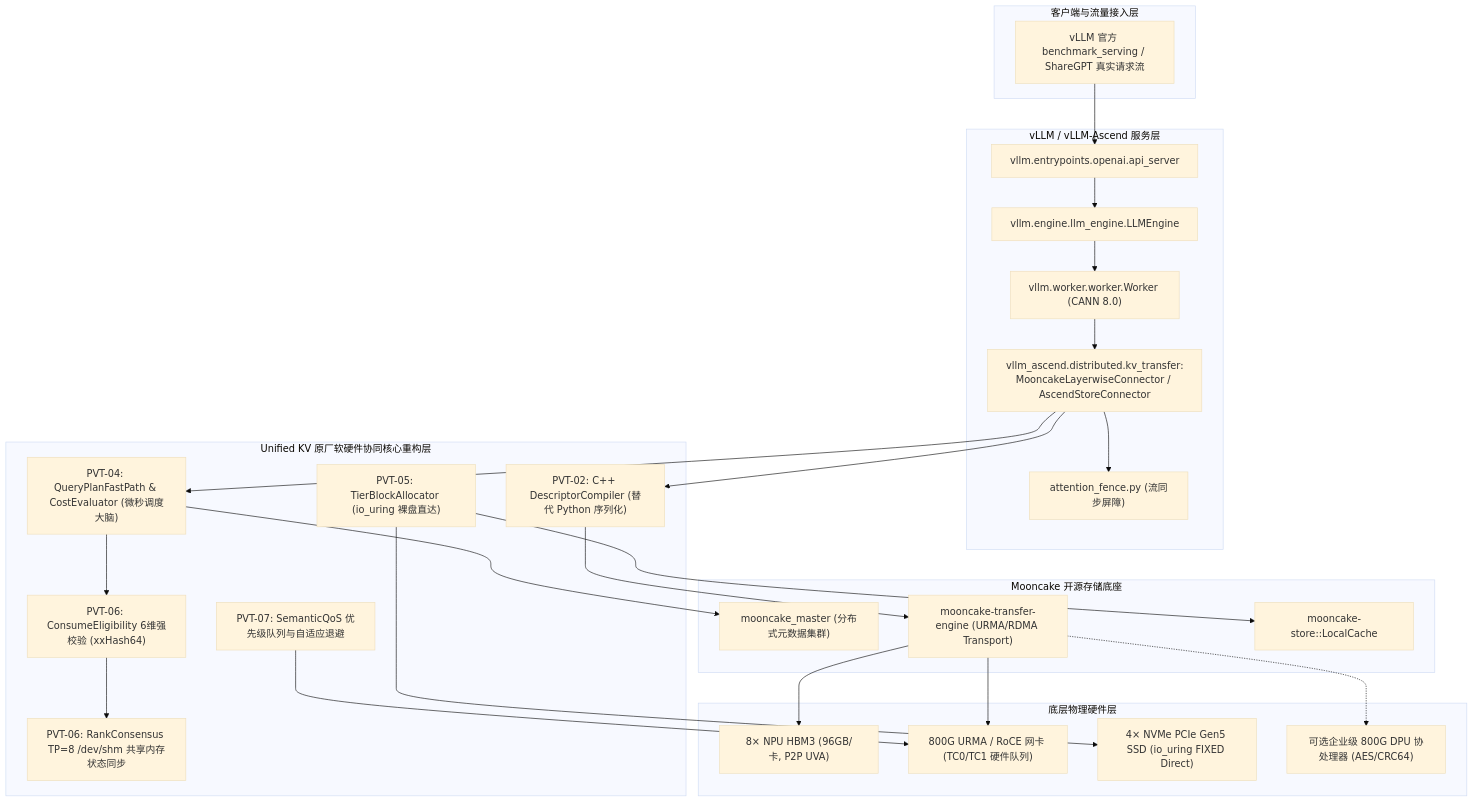
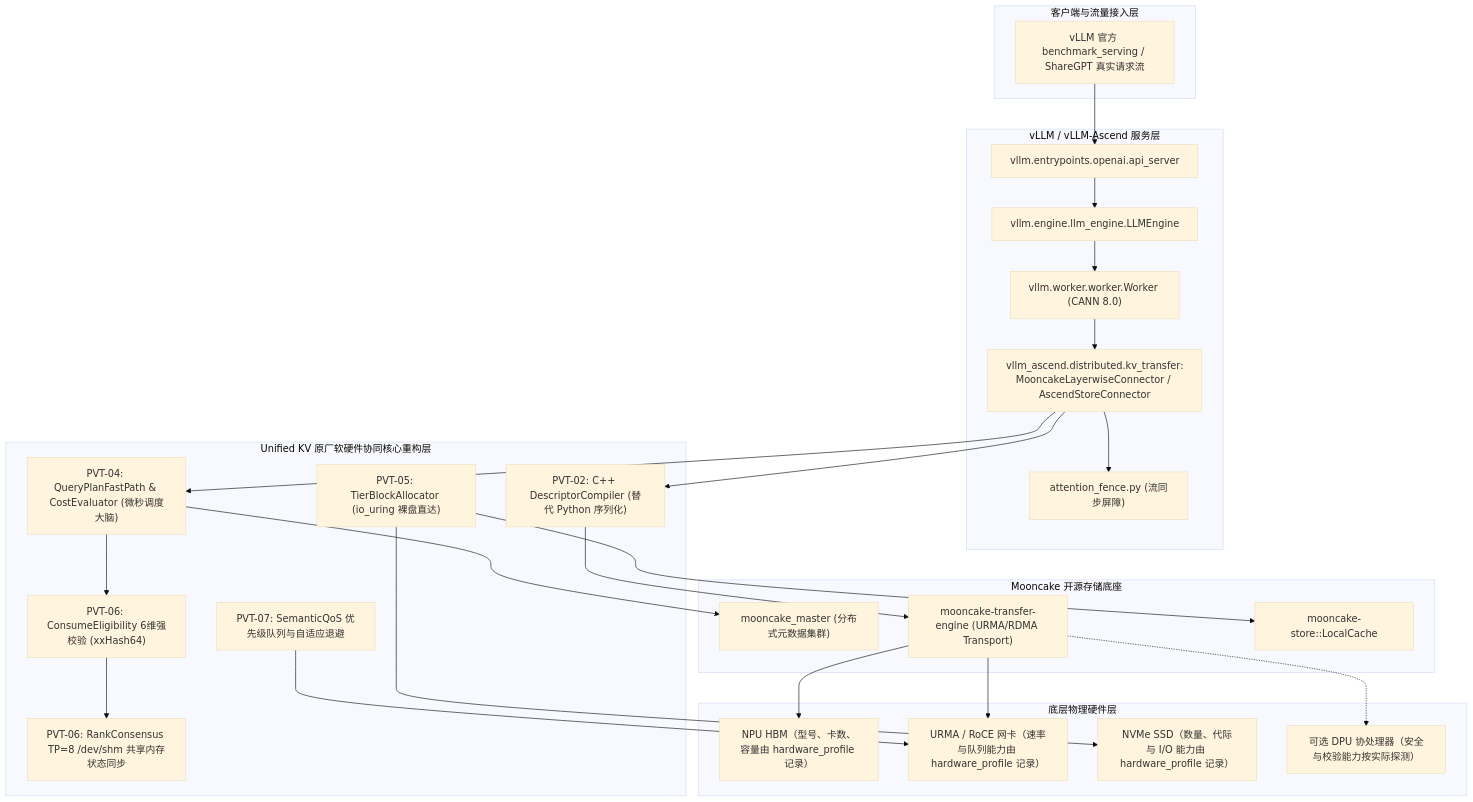
The second of 2 diagrams in kvcache/unified_kv_memory/提前验证方案设计/验证计划方案设计/00_统一异构KVCache存储池_关键技术原型验证总体实施方案设计.md (stonetree/reports), drawn with Mermaid (base theme) before and after one commit. The commit also changed other lines of this file and 43 other files, not shown here.

````diff
--- a/kvcache/unified_kv_memory/提前验证方案设计/验证计划方案设计/00_统一异构KVCache存储池_关键技术原型验证总体实施方案设计.md
+++ b/kvcache/unified_kv_memory/提前验证方案设计/验证计划方案设计/00_统一异构KVCache存储池_关键技术原型验证总体实施方案设计.md
@@ -141,59 +143,59 @@
 ```mermaid
 flowchart TD
     subgraph ClientLayer["客户端与流量接入层"]
         Bench["vLLM 官方 benchmark_serving / ShareGPT 真实请求流"]
     end
 
     subgraph ServingLayer["vLLM / vLLM-Ascend 服务层"]
         APIServer["vllm.entrypoints.openai.api_server"]
         LLMEngine["vllm.engine.llm_engine.LLMEngine"]
         Worker["vllm.worker.worker.Worker (CANN 8.0)"]
         
         Connector["vllm_ascend.distributed.kv_transfer:<br/>MooncakeLayerwiseConnector / AscendStoreConnector"]
         Fence["attention_fence.py (流同步屏障)"]
     end
 
     subgraph UnifiedKV["Unified KV 原厂软硬件协同核心重构层"]
         DescCompiler["PVT-02: C++ DescriptorCompiler (替代 Python 序列化)"]
         QPlan["PVT-04: QueryPlanFastPath & CostEvaluator (微秒调度大脑)"]
         EligCheck["PVT-06: ConsumeEligibility 6维强校验 (xxHash64)"]
         RankSync["PVT-06: RankConsensus TP=8 /dev/shm 共享内存状态同步"]
         TierAlloc["PVT-05: TierBlockAllocator (io_uring 裸盘直达)"]
         QoSControl["PVT-07: SemanticQoS 优先级队列与自适应退避"]
     end
 
     subgraph MooncakeCore["Mooncake 开源存储底座"]
         MMaster["mooncake_master (分布式元数据集群)"]
         TEngine["mooncake-transfer-engine (URMA/RDMA Transport)"]
         LCache["mooncake-store::LocalCache"]
     end
 
     subgraph Hardware["底层物理硬件层"]
-        NPU_HBM["8× NPU HBM3 (96GB/卡, P2P UVA)"]
-        NIC["800G URMA / RoCE 网卡 (TC0/TC1 硬件队列)"]
-        NVMe["4× NVMe PCIe Gen5 SSD (io_uring FIXED Direct)"]
-        DPU["可选企业级 800G DPU 协处理器 (AES/CRC64)"]
+        NPU_HBM["NPU HBM（型号、卡数、容量由 hardware_profile 记录）"]
+        NIC["URMA / RoCE 网卡（速率与队列能力由 hardware_profile 记录）"]
+        NVMe["NVMe SSD（数量、代际与 I/O 能力由 hardware_profile 记录）"]
+        DPU["可选 DPU 协处理器（安全与校验能力按实际探测）"]
     end
 
     Bench --> APIServer
     APIServer --> LLMEngine
     LLMEngine --> Worker
     Worker --> Connector
     
     Connector --> DescCompiler
     Connector --> QPlan
     Connector --> Fence
     
     QPlan --> MMaster
     QPlan --> EligCheck
     EligCheck --> RankSync
     
     DescCompiler --> TEngine
     TierAlloc --> LCache
     
     TEngine --> NIC
     TEngine --> NPU_HBM
     TierAlloc --> NVMe
     TEngine -.-> DPU
     QoSControl --> NIC
 ```
````
